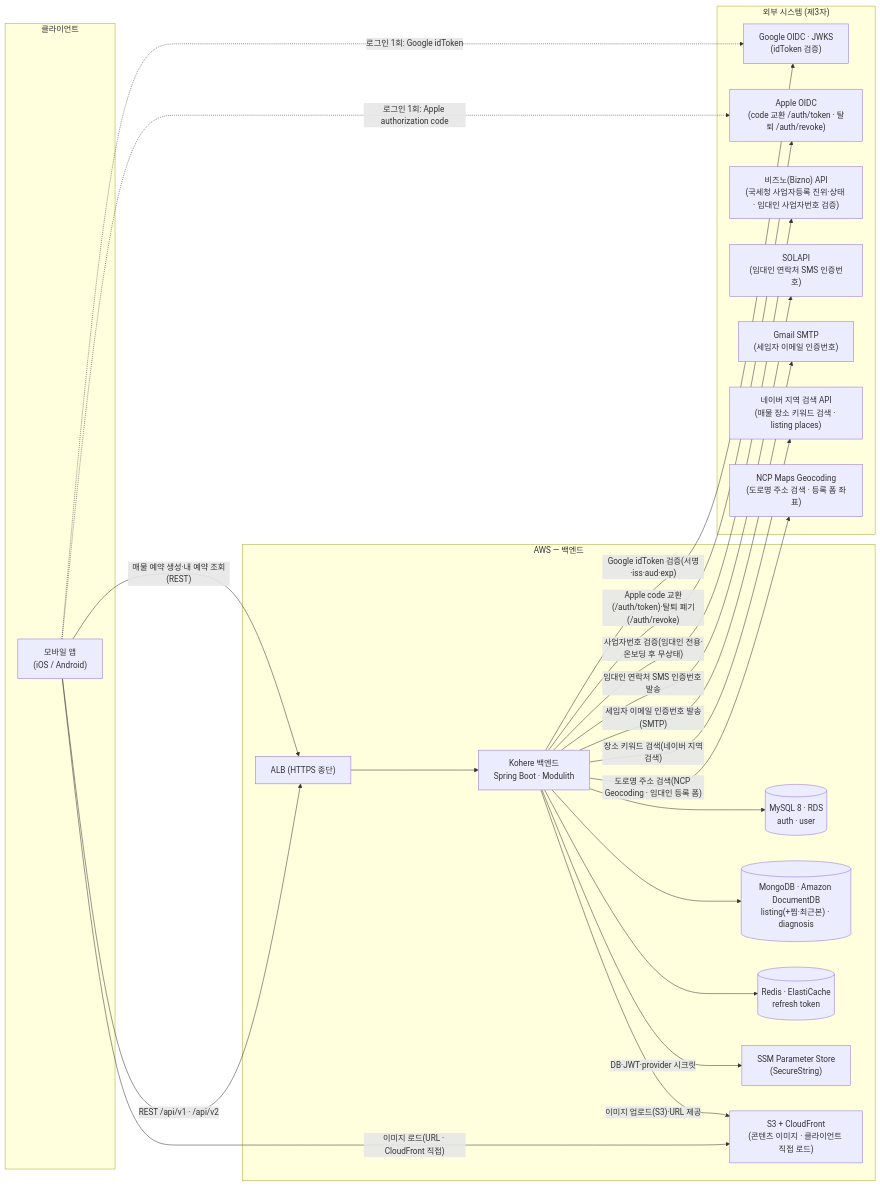
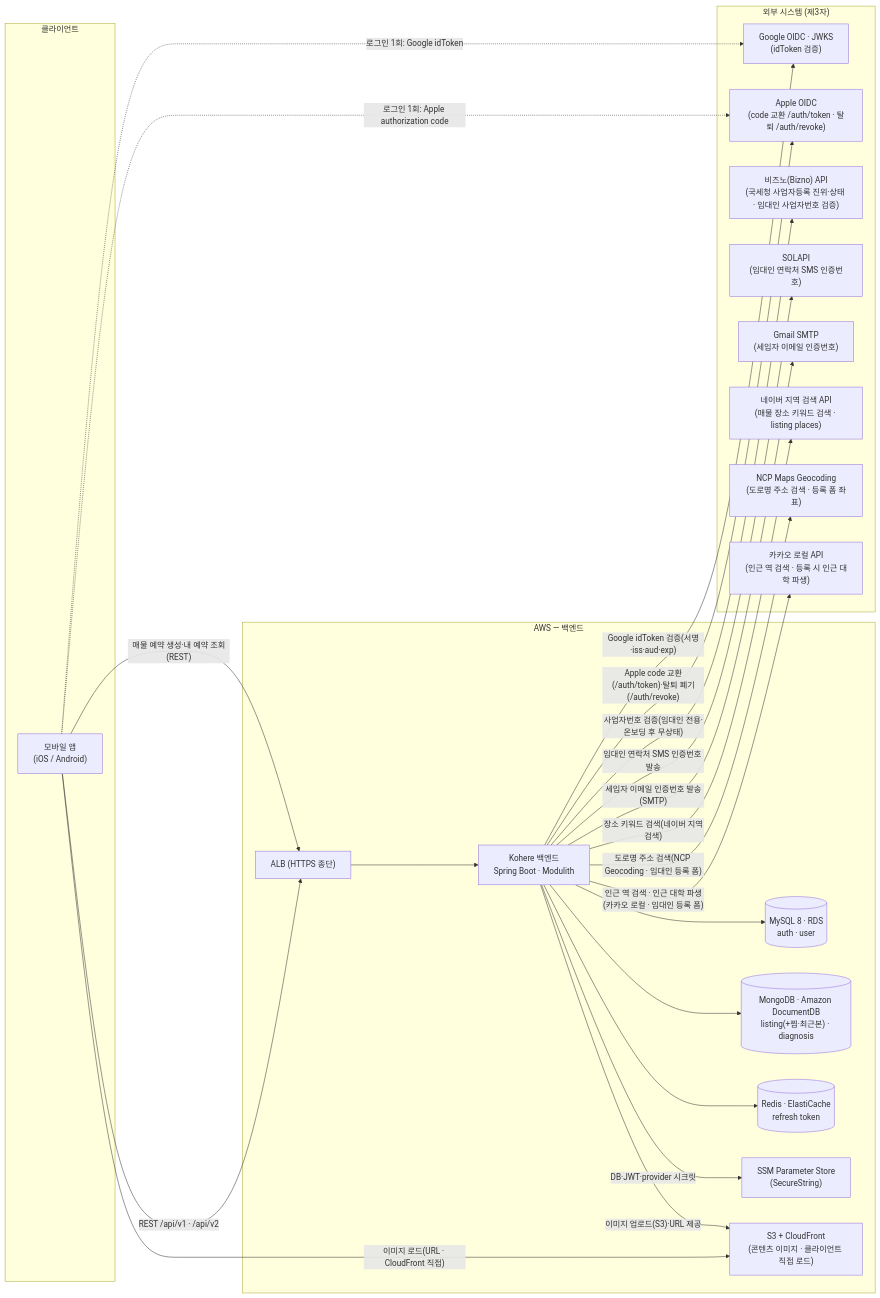
One commit to jameskim9509/Kohere-backend changed the first of 5 diagrams in docs/architecture/system-overview.md. Above: the diagram before and after it, drawn with Mermaid. The commit also changed other lines of this file and 7 other files, not shown here.

````diff
--- a/docs/architecture/system-overview.md
+++ b/docs/architecture/system-overview.md
@@ -30,45 +30,47 @@
 ```mermaid
 flowchart LR
     subgraph Client["클라이언트"]
       APP["모바일 앱<br/>(iOS / Android)"]
     end
 
     subgraph External["외부 시스템 (제3자)"]
       OIDC["Google OIDC · JWKS<br/>(idToken 검증)"]
       APPLE["Apple OIDC<br/>(code 교환 /auth/token · 탈퇴 /auth/revoke)"]
       BIZNO["비즈노(Bizno) API<br/>(국세청 사업자등록 진위·상태 · 임대인 사업자번호 검증)"]
       SOLAPI["SOLAPI<br/>(임대인 연락처 SMS 인증번호)"]
       MAIL["Gmail SMTP<br/>(세입자 이메일 인증번호)"]
       NAVER["네이버 지역 검색 API<br/>(매물 장소 키워드 검색 · listing places)"]
       NCPGEO["NCP Maps Geocoding<br/>(도로명 주소 검색 · 등록 폼 좌표)"]
+      KAKAOLOCAL["카카오 로컬 API<br/>(인근 역 검색 · 등록 시 인근 대학 파생)"]
     end
 
     subgraph Cloud["AWS — 백엔드"]
       ALB["ALB (HTTPS 종단)"]
       SRV["Kohere 백엔드<br/>Spring Boot · Modulith"]
       MYSQL[("MySQL 8 · RDS<br/>auth · user")]
       MONGO[("MongoDB · Amazon DocumentDB<br/>listing(+찜·최근본) · diagnosis")]
       REDIS[("Redis · ElastiCache<br/>refresh token")]
       SECRET["SSM Parameter Store<br/>(SecureString)"]
       CDN["S3 + CloudFront<br/>(콘텐츠 이미지 · 클라이언트 직접 로드)"]
     end
 
     APP -- "REST /api/v1 · /api/v2" --> ALB
     ALB --> SRV
     APP -. "로그인 1회: Google idToken" .-> OIDC
     APP -. "로그인 1회: Apple authorization code" .-> APPLE
     SRV -- "Google idToken 검증(서명·iss·aud·exp)" --> OIDC
     SRV -- "Apple code 교환(/auth/token)·탈퇴 폐기(/auth/revoke)" --> APPLE
     SRV -- "사업자번호 검증(임대인 전용·온보딩 후 무상태)" --> BIZNO
     SRV -- "임대인 연락처 SMS 인증번호 발송" --> SOLAPI
     SRV -- "세입자 이메일 인증번호 발송(SMTP)" --> MAIL
     SRV -- "장소 키워드 검색(네이버 지역검색)" --> NAVER
     SRV -- "도로명 주소 검색(NCP Geocoding · 임대인 등록 폼)" --> NCPGEO
+    SRV -- "인근 역 검색 · 인근 대학 파생(카카오 로컬 · 임대인 등록 폼)" --> KAKAOLOCAL
     SRV --> MYSQL
     SRV --> MONGO
     SRV --> REDIS
     APP -- "매물 예약 생성·내 예약 조회(REST)" --> ALB
     APP -- "이미지 로드(URL · CloudFront 직접)" --> CDN
     SRV -- "이미지 업로드(S3)·URL 제공" --> CDN
     SRV -- "DB·JWT·provider 시크릿" --> SECRET
 ```
````
